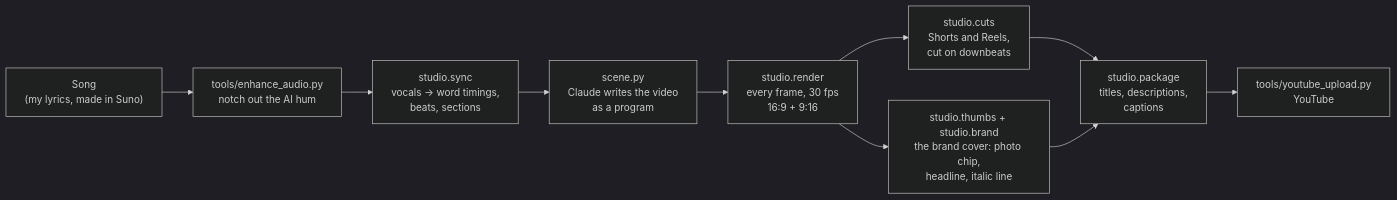
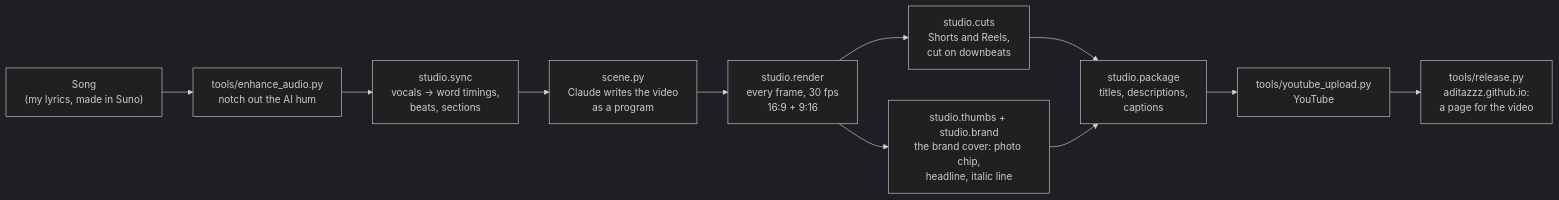
One commit to aditazzz/Suno-YouTube-aditazzz-Music changed the diagram in README.md. Above: the diagram before and after it, drawn with Mermaid (dark theme). The commit also changed other lines of this file and 6 other files, not shown here.

First line of the commit message:
The website as the pipeline's last step: tools/release.py

````diff
--- a/README.md
+++ b/README.md
@@ -22,12 +22,13 @@
 ```mermaid
 flowchart LR
     A["Song<br>(my lyrics, made in Suno)"] --> A2["tools/enhance_audio.py<br>notch out the AI hum"]
     A2 --> B["studio.sync<br>vocals → word timings,<br>beats, sections"]
     B --> C["scene.py<br>Claude writes the video<br>as a program"]
     C --> D["studio.render<br>every frame, 30 fps<br>16:9 + 9:16"]
     D --> E["studio.cuts<br>Shorts and Reels,<br>cut on downbeats"]
     D --> F["studio.thumbs + studio.brand<br>the brand cover: photo chip,<br>headline, italic line"]
     E --> G["studio.package<br>titles, descriptions,<br>captions"]
     F --> G
     G --> H["tools/youtube_upload.py<br>YouTube"]
+    H --> I["tools/release.py<br>aditazzz.github.io:<br>a page for the video"]
 ```
````
